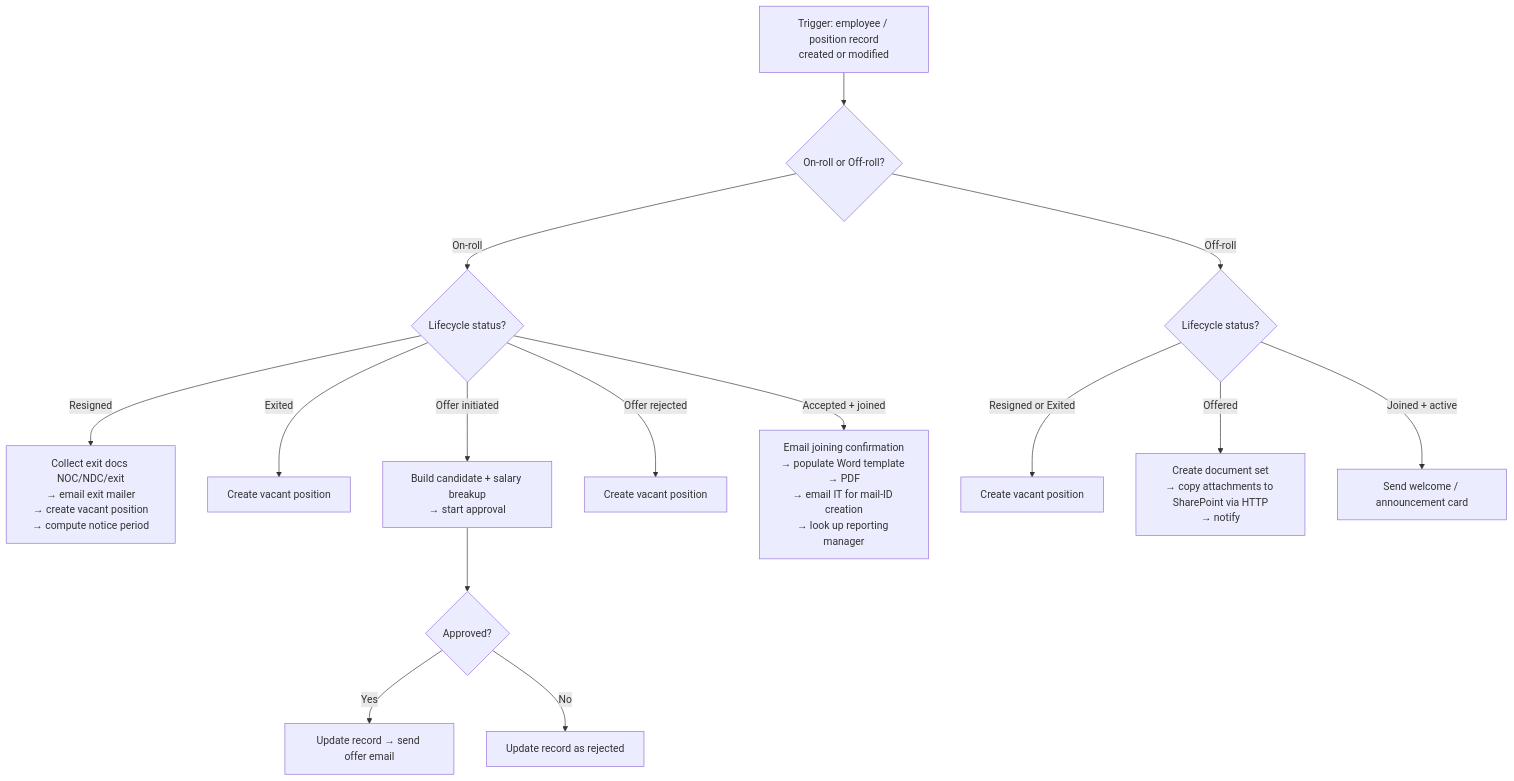
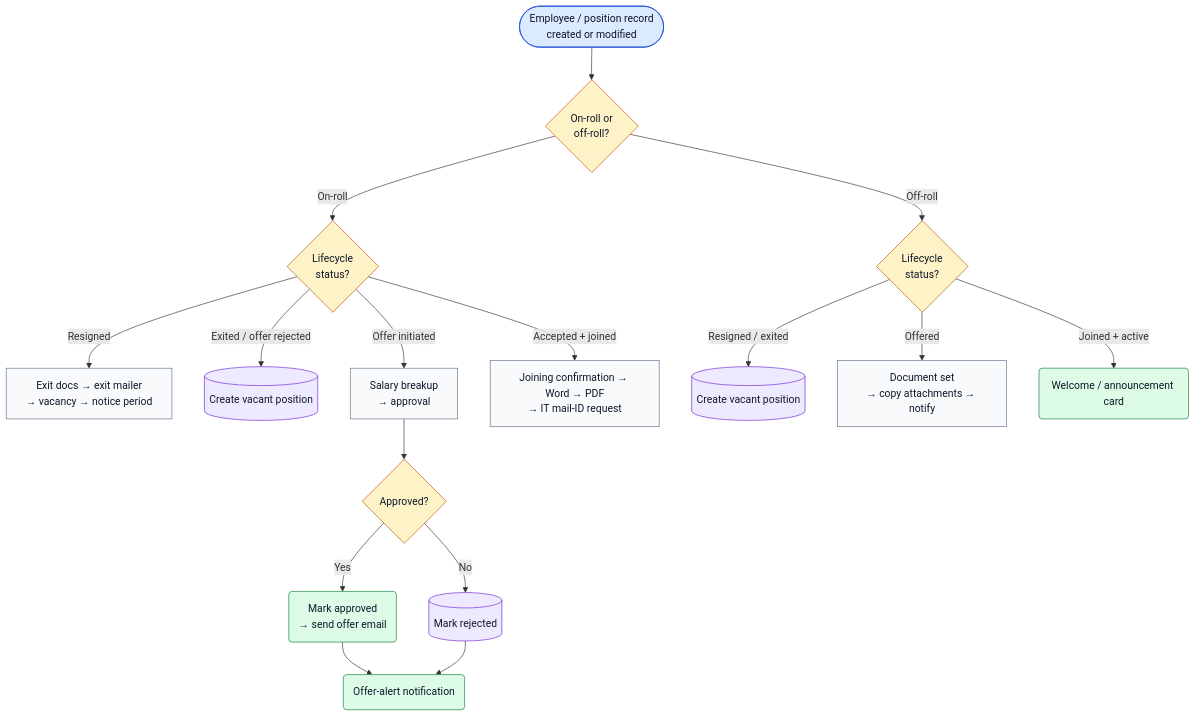
The second of 2 diagrams in README.md (siddhantsingh2861/enterprise-HRMS-power-platform), drawn with Mermaid before and after one commit. The commit also changed other lines of this file, not shown here.

````diff
--- a/README.md
+++ b/README.md
@@ -123,19 +127,27 @@
 ```mermaid
 flowchart TD
-    T["Trigger: employee / position record<br/>created or modified"] --> R{On-roll or Off-roll?}
+    T(["Employee / position record<br/>created or modified"]):::trigger --> R{"On-roll or<br/>off-roll?"}:::decision
 
-    R -->|On-roll| ON{Lifecycle status?}
-    ON -->|Resigned| ON1["Collect exit docs NOC/NDC/exit<br/>&rarr; email exit mailer<br/>&rarr; create vacant position<br/>&rarr; compute notice period"]
-    ON -->|Exited| ON2["Create vacant position"]
-    ON -->|Offer initiated| ON3["Build candidate + salary breakup<br/>&rarr; start approval"]
-    ON3 --> ON3a{Approved?}
-    ON3a -->|Yes| ON3y["Update record &rarr; send offer email"]
-    ON3a -->|No| ON3n["Update record as rejected"]
-    ON -->|Offer rejected| ON4["Create vacant position"]
-    ON -->|Accepted + joined| ON5["Email joining confirmation<br/>&rarr; populate Word template &rarr; PDF<br/>&rarr; email IT for mail-ID creation<br/>&rarr; look up reporting manager"]
+    R -->|On-roll| ON{"Lifecycle<br/>status?"}:::decision
+    ON -->|Resigned| ON1["Exit docs → exit mailer<br/>→ vacancy → notice period"]:::action
+    ON -->|"Exited / offer rejected"| VAC1[("Create vacant position")]:::data
+    ON -->|Offer initiated| ON3["Salary breakup<br/>→ approval"]:::action
+    ON3 --> ON3a{"Approved?"}:::decision
+    ON3a -->|Yes| ON3y("Mark approved<br/>→ send offer email"):::notify
+    ON3a -->|No| ON3n[("Mark rejected")]:::data
+    ON3y --> ON3z("Offer-alert notification"):::notify
+    ON3n --> ON3z
+    ON -->|Accepted + joined| ON5["Joining confirmation → Word → PDF<br/>→ IT mail-ID request"]:::action
 
-    R -->|Off-roll| OFF{Lifecycle status?}
-    OFF -->|Resigned or Exited| OFF1["Create vacant position"]
-    OFF -->|Offered| OFF2["Create document set<br/>&rarr; copy attachments to SharePoint via HTTP<br/>&rarr; notify"]
-    OFF -->|Joined + active| OFF3["Send welcome / announcement card"]
+    R -->|Off-roll| OFF{"Lifecycle<br/>status?"}:::decision
+    OFF -->|"Resigned / exited"| VAC2[("Create vacant position")]:::data
+    OFF -->|Offered| OFF3["Document set<br/>→ copy attachments → notify"]:::action
+    OFF -->|Joined + active| OFF4("Welcome / announcement card"):::notify
+
+    classDef trigger fill:#dbeafe,stroke:#1d4ed8,color:#0f172a
+    classDef decision fill:#fef3c7,stroke:#b45309,color:#0f172a
+    classDef action fill:#f8fafc,stroke:#64748b,color:#0f172a
+    classDef data fill:#ede9fe,stroke:#6d28d9,color:#0f172a
+    classDef notify fill:#dcfce7,stroke:#15803d,color:#0f172a
+    classDef noop fill:#ffffff,stroke:#94a3b8,stroke-dasharray:4 3,color:#64748b
 ```
````
